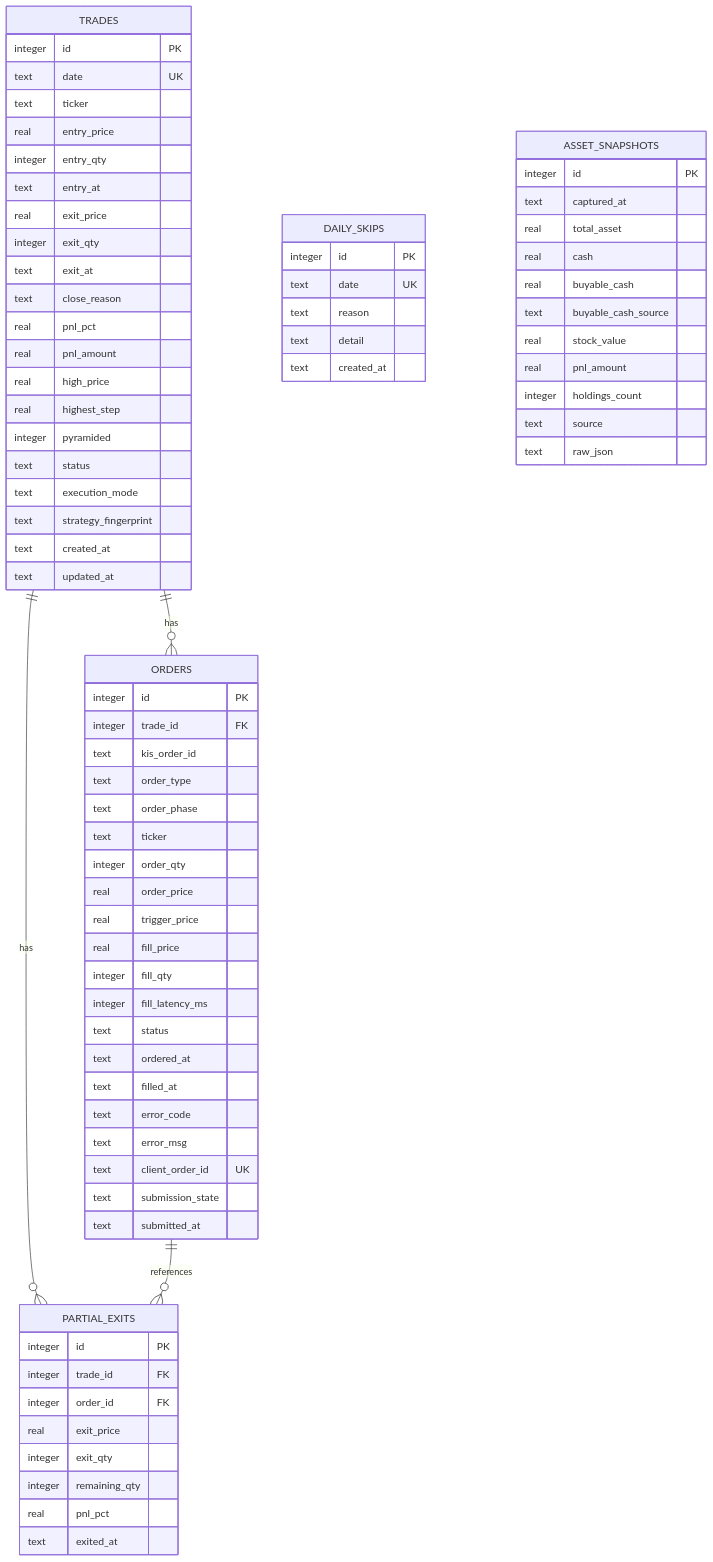
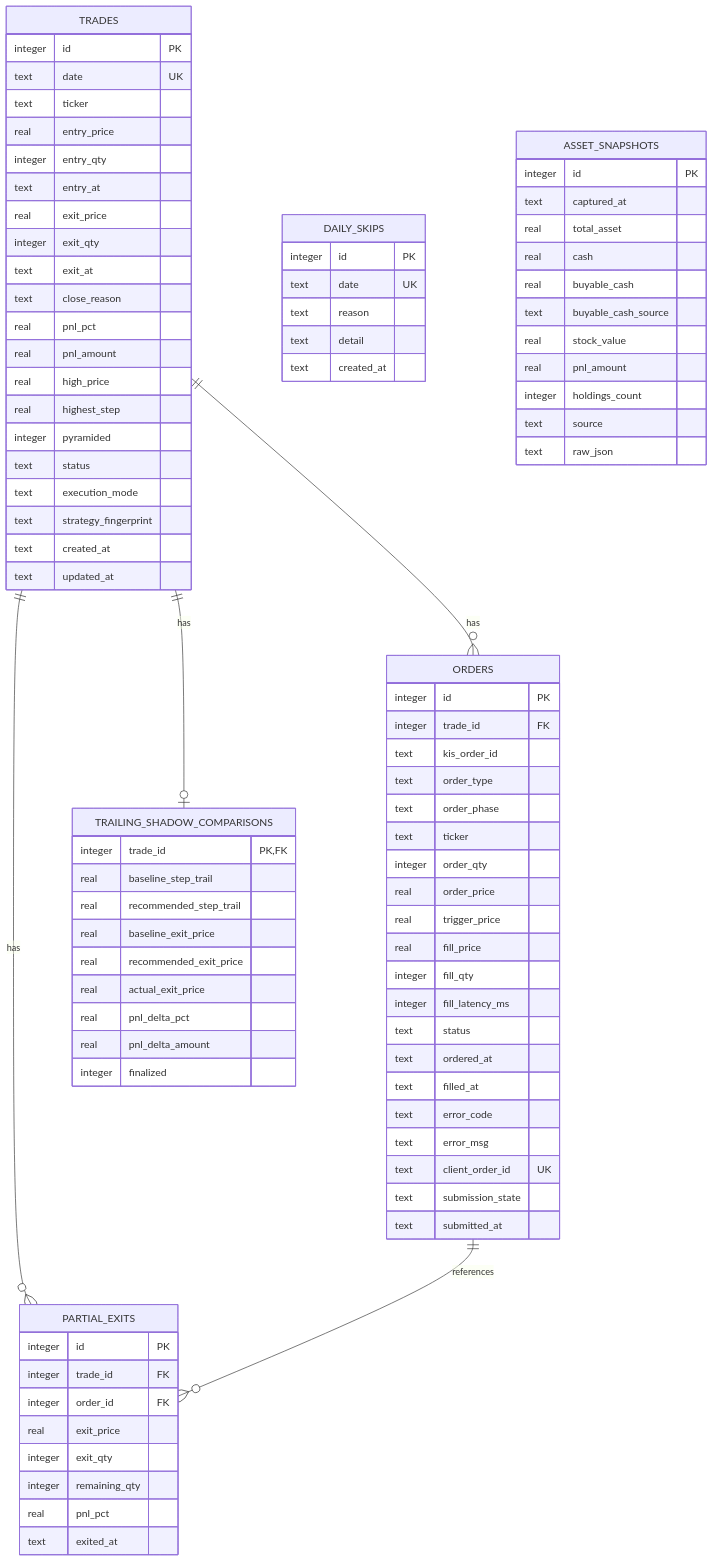
The diagram in docs/DB_DESIGN.md (hcpark74/stock), drawn with Mermaid before and after one commit. The commit also changed other lines of this file and 15 other files, not shown here.

```diff
--- a/docs/DB_DESIGN.md
+++ b/docs/DB_DESIGN.md
@@ -38,6 +38,7 @@
 erDiagram
     TRADES ||--o{ ORDERS : has
     TRADES ||--o{ PARTIAL_EXITS : has
+    TRADES ||--o| TRAILING_SHADOW_COMPARISONS : has
     ORDERS ||--o{ PARTIAL_EXITS : references
 
     TRADES {
@@ -97,6 +98,18 @@
         text exited_at
     }
 
+    TRAILING_SHADOW_COMPARISONS {
+        integer trade_id PK, FK
+        real baseline_step_trail
+        real recommended_step_trail
+        real baseline_exit_price
+        real recommended_exit_price
+        real actual_exit_price
+        real pnl_delta_pct
+        real pnl_delta_amount
+        integer finalized
+    }
+
     DAILY_SKIPS {
         integer id PK
         text date UK
```
